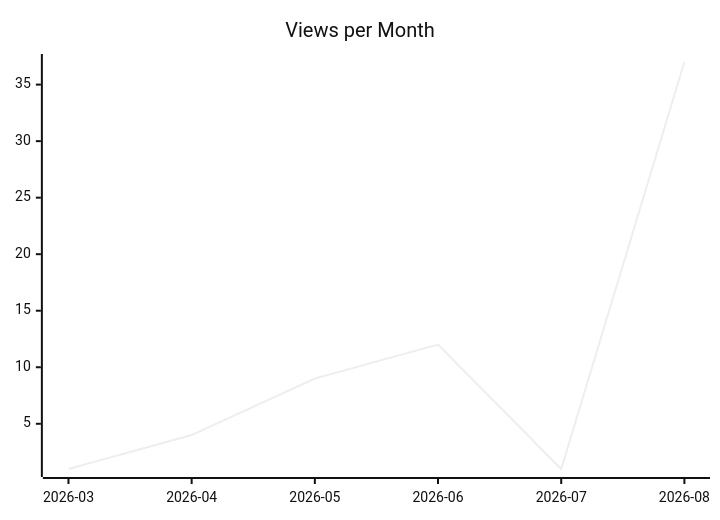
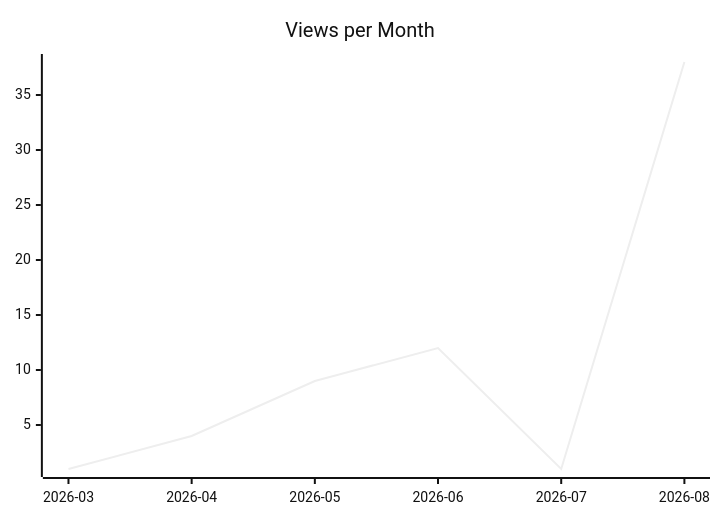
The second of 3 diagrams in justdavis-family/justdavis/README.md (justdavis-family/github-analytics-data), drawn with Mermaid (neutral theme) before and after one commit. The commit also changed other lines of this file and 190 other files, not shown here.

````diff
--- a/justdavis-family/justdavis/README.md
+++ b/justdavis-family/justdavis/README.md
@@ -12,6 +12,6 @@
 ```mermaid
 xychart-beta
   title "Views per Month"
   x-axis ["2026-03", "2026-04", "2026-05", "2026-06", "2026-07", "2026-08"]
-  line [1, 4, 9, 12, 1, 37]
+  line [1, 4, 9, 12, 1, 38]
 ```
````
